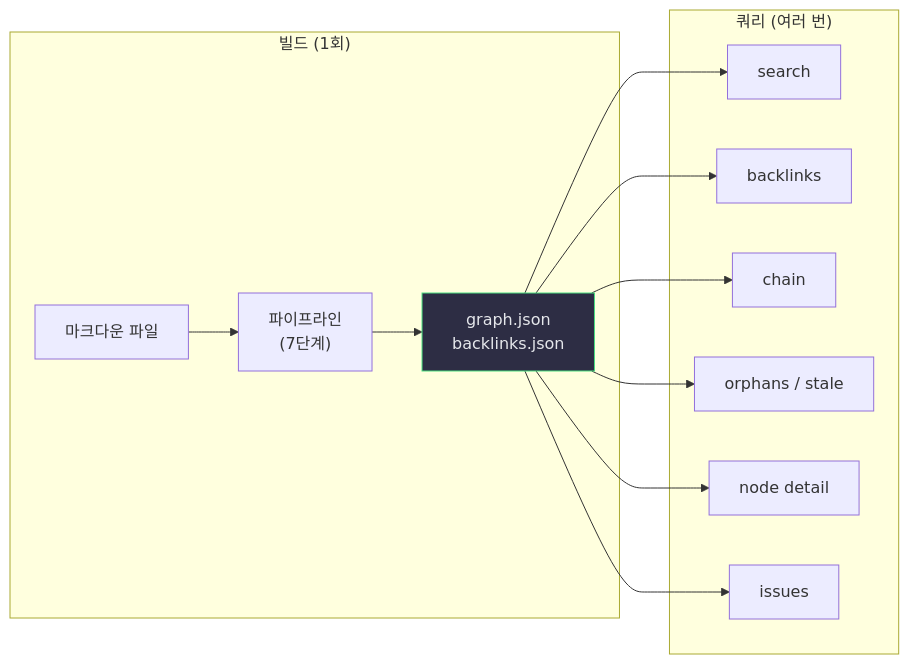
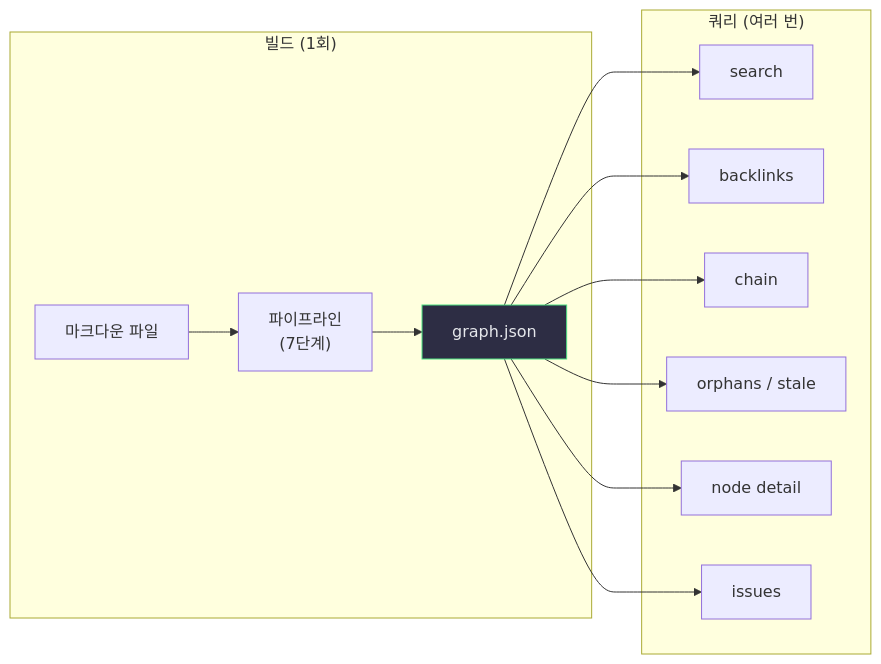
Before and after one commit to junyeong-ai/nodex: the third of 5 diagrams in README.ko.md, drawn with Mermaid. The commit also changed other lines of this file and 4 other files, not shown here.

````diff
--- a/README.ko.md
+++ b/README.ko.md
@@ -188,17 +188,17 @@
 ```mermaid
 flowchart LR
     subgraph "빌드 (1회)"
         A["마크다운 파일"] --> B["파이프라인<br/>(7단계)"]
-        B --> C["graph.json<br/>backlinks.json"]
+        B --> C["graph.json"]
     end
     subgraph "쿼리 (여러 번)"
         C --> D["search"]
         C --> E["backlinks"]
         C --> F["chain"]
         C --> G["orphans / stale"]
         C --> H["node detail"]
         C --> I["issues"]
     end
 
     style C fill:#2d2d44,color:#e5e7eb,stroke:#4ade80
 ```
````
